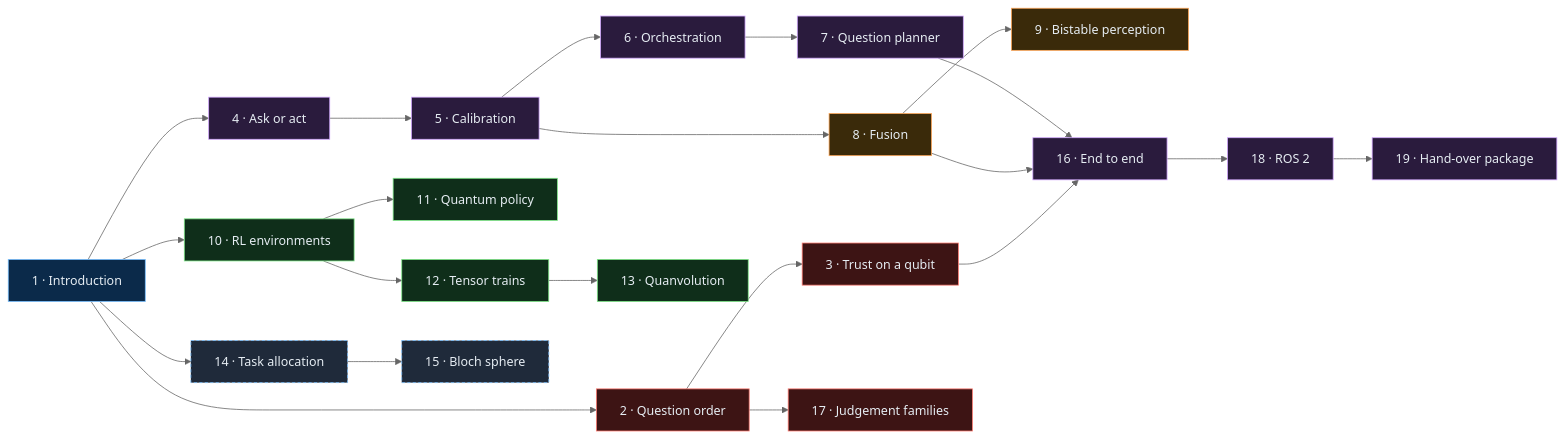
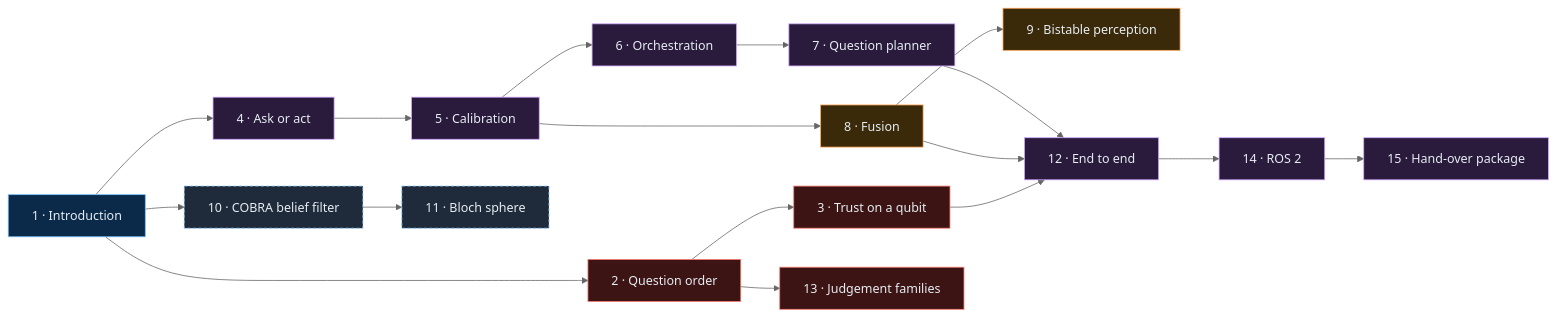
Before and after one commit to yeshwanthguru/Quantum-mind: the diagram in docs/tutorials/index.md, drawn with Mermaid (neutral theme). The commit also changed other lines of this file and 182 other files, not shown here.

````diff
--- a/docs/tutorials/index.md
+++ b/docs/tutorials/index.md
@@ -12,21 +12,18 @@
 ```{mermaid}
 flowchart LR
     accTitle: Reading order of the tutorials
-    accDescr: The introduction leads to five tracks: models of people (2, 3, 17), the robot decision layer (4 to 7, then 16, 18 and the packaged hand-over use case 19), perception (8, 9), learning (10 to 13) and quantum computing (14, 15).
+    accDescr: The introduction leads to four tracks: models of people (2, 3, 13), the robot decision layer (4 to 7, then 12, 14 and the packaged hand-over use case 15), perception (8, 9) and the COBRA belief filter and viewer (10, 11).
     T1["1 · Introduction"]:::a --> T2["2 · Question order"]:::h --> T3["3 · Trust on a qubit"]:::h
     T1 --> T4["4 · Ask or act"]:::r --> T5["5 · Calibration"]:::r --> T6["6 · Orchestration"]:::r --> T7["7 · Question planner"]:::r
     T5 --> T8["8 · Fusion"]:::p --> T9["9 · Bistable perception"]:::p
-    T1 --> T10["10 · RL environments"]:::l --> T11["11 · Quantum policy"]:::l
-    T10 --> T12["12 · Tensor trains"]:::l --> T13["13 · Quanvolution"]:::l
-    T1 --> T14["14 · Task allocation"]:::q --> T15["15 · Bloch sphere"]:::q
-    T2 --> T17["17 · Judgement families"]:::h
-    T7 --> T16["16 · End to end"]:::r
-    T8 --> T16
-    T3 --> T16 --> T18["18 · ROS 2"]:::r --> T19["19 · Hand-over package"]:::r
+    T1 --> T10["10 · COBRA belief filter"]:::q --> T11["11 · Bloch sphere"]:::q
+    T2 --> T13["13 · Judgement families"]:::h
+    T7 --> T12["12 · End to end"]:::r
+    T8 --> T12
+    T3 --> T12 --> T14["14 · ROS 2"]:::r --> T15["15 · Hand-over package"]:::r
     classDef a fill:#0b2a4a,stroke:#79c0ff,color:#e6edf3
     classDef h fill:#3d1414,stroke:#ff7b72,color:#e6edf3
     classDef r fill:#2a1b3d,stroke:#d2a8ff,color:#e6edf3
     classDef p fill:#3a2a0a,stroke:#ffa657,color:#e6edf3
-    classDef l fill:#0f2e1a,stroke:#7ee787,color:#e6edf3
     classDef q fill:#1f2a3a,stroke:#79c0ff,color:#e6edf3,stroke-dasharray:4 3
 ```
````
